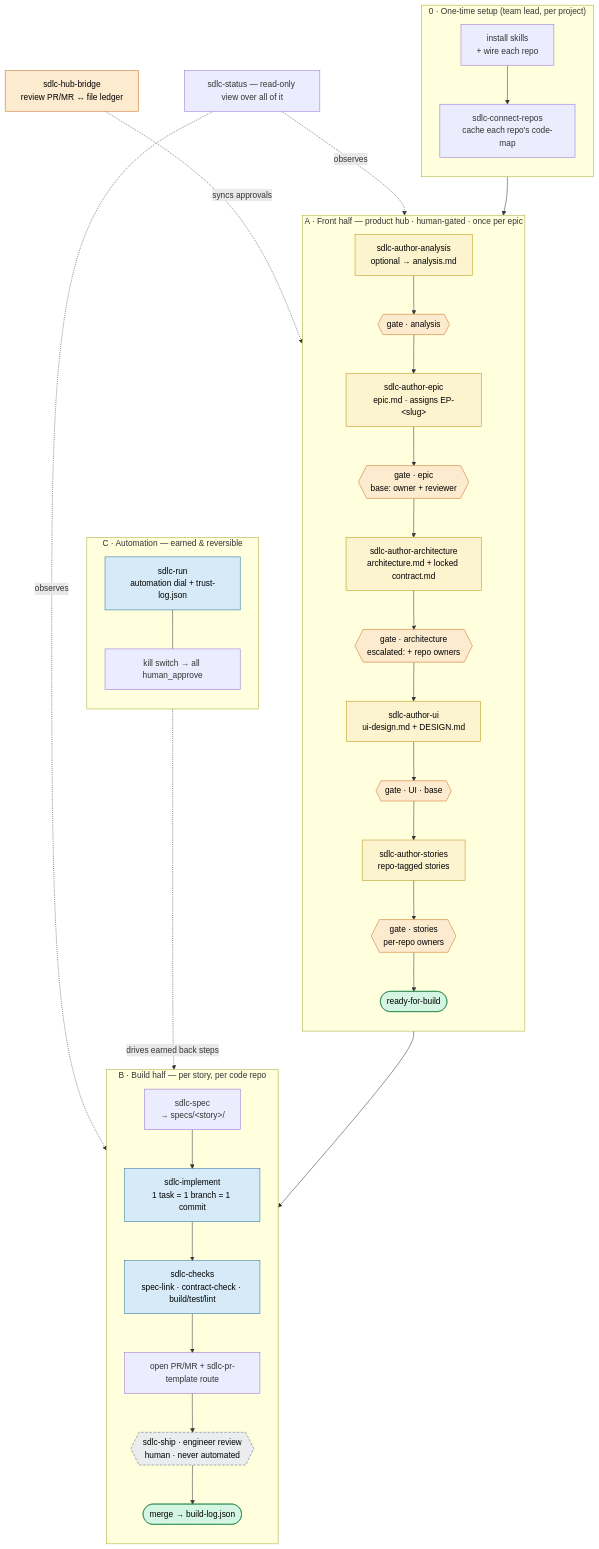
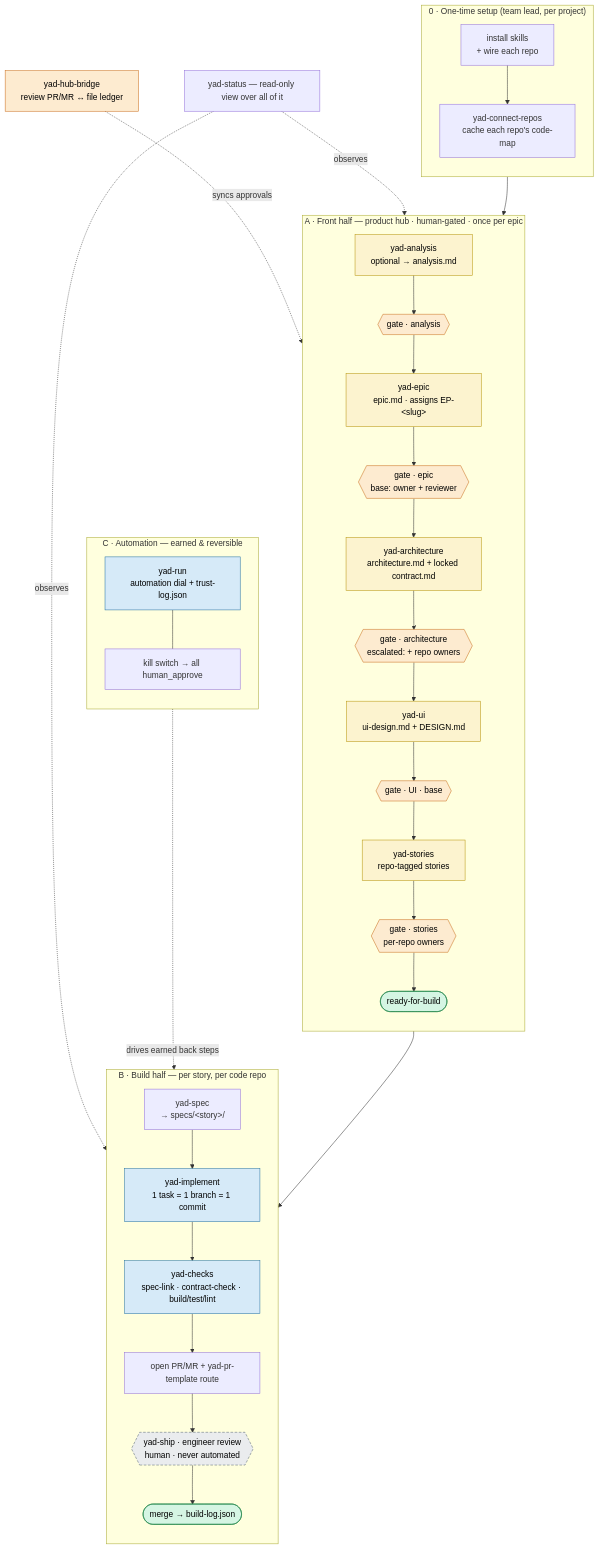
The second of 3 diagrams in TEAM-GUIDE.md (abdelrahmannasr/yadflow), drawn with Mermaid before and after one commit. The commit also changed other lines of this file and 147 other files, not shown here.

First line of the commit message:
feat!: rename sdlc-* skills to yad-* and the CLI to yad; feature the report

````diff
--- a/TEAM-GUIDE.md
+++ b/TEAM-GUIDE.md
@@ -59,58 +59,58 @@
 ```mermaid
 flowchart TD
     classDef gated fill:#fdebd0,stroke:#ca6f1e,color:#000
     classDef earns fill:#d6eaf8,stroke:#2471a3,color:#000
     classDef locked fill:#eaecee,stroke:#566573,color:#000,stroke-dasharray:5 3
     classDef artifact fill:#fcf3cf,stroke:#b7950b,color:#000
     classDef sentinel fill:#d5f5e3,stroke:#1e8449,color:#000
 
     subgraph SETUP["0 · One-time setup (team lead, per project)"]
       direction TB
       inst["install skills<br/>+ wire each repo"]
-      conn["sdlc-connect-repos<br/>cache each repo's code-map"]
+      conn["yad-connect-repos<br/>cache each repo's code-map"]
       inst --> conn
     end
 
     subgraph FRONT["A · Front half — product hub · human-gated · once per epic"]
       direction TB
-      an["sdlc-author-analysis<br/>optional → analysis.md"]:::artifact
-      ep["sdlc-author-epic<br/>epic.md · assigns EP-&lt;slug&gt;"]:::artifact
-      ar["sdlc-author-architecture<br/>architecture.md + locked contract.md"]:::artifact
-      ui["sdlc-author-ui<br/>ui-design.md + DESIGN.md"]:::artifact
-      st["sdlc-author-stories<br/>repo-tagged stories"]:::artifact
+      an["yad-analysis<br/>optional → analysis.md"]:::artifact
+      ep["yad-epic<br/>epic.md · assigns EP-&lt;slug&gt;"]:::artifact
+      ar["yad-architecture<br/>architecture.md + locked contract.md"]:::artifact
+      ui["yad-ui<br/>ui-design.md + DESIGN.md"]:::artifact
+      st["yad-stories<br/>repo-tagged stories"]:::artifact
       gAn{{"gate · analysis"}}:::gated
       gEp{{"gate · epic<br/>base: owner + reviewer"}}:::gated
       gAr{{"gate · architecture<br/>escalated: + repo owners"}}:::gated
       gUi{{"gate · UI · base"}}:::gated
       gSt{{"gate · stories<br/>per-repo owners"}}:::gated
       rfb(["ready-for-build"]):::sentinel
       an --> gAn --> ep --> gEp --> ar --> gAr --> ui --> gUi --> st --> gSt --> rfb
     end
 
     subgraph BUILD["B · Build half — per story, per code repo"]
       direction TB
-      sp["sdlc-spec<br/>→ specs/&lt;story&gt;/"]
-      im["sdlc-implement<br/>1 task = 1 branch = 1 commit"]:::earns
-      ck["sdlc-checks<br/>spec-link · contract-check · build/test/lint"]:::earns
-      prm["open PR/MR + sdlc-pr-template route"]
-      eng{{"sdlc-ship · engineer review<br/>human · never automated"}}:::locked
+      sp["yad-spec<br/>→ specs/&lt;story&gt;/"]
+      im["yad-implement<br/>1 task = 1 branch = 1 commit"]:::earns
+      ck["yad-checks<br/>spec-link · contract-check · build/test/lint"]:::earns
+      prm["open PR/MR + yad-pr-template route"]
+      eng{{"yad-ship · engineer review<br/>human · never automated"}}:::locked
       merged(["merge → build-log.json"]):::sentinel
       sp --> im --> ck --> prm --> eng --> merged
     end
 
     subgraph AUTO["C · Automation — earned & reversible"]
       direction TB
-      run["sdlc-run<br/>automation dial + trust-log.json"]:::earns
+      run["yad-run<br/>automation dial + trust-log.json"]:::earns
       kill["kill switch → all human_approve"]
       run --- kill
     end
 
     conn --> an
     rfb --> sp
     run -. drives earned back steps .-> im
-    bridge["sdlc-hub-bridge<br/>review PR/MR ↔ file ledger"]:::gated
+    bridge["yad-hub-bridge<br/>review PR/MR ↔ file ledger"]:::gated
     bridge -. syncs approvals .-> gEp
-    status["sdlc-status — read-only view over all of it"]
+    status["yad-status — read-only view over all of it"]
     status -. observes .-> FRONT
     status -. observes .-> BUILD
 ```
````
